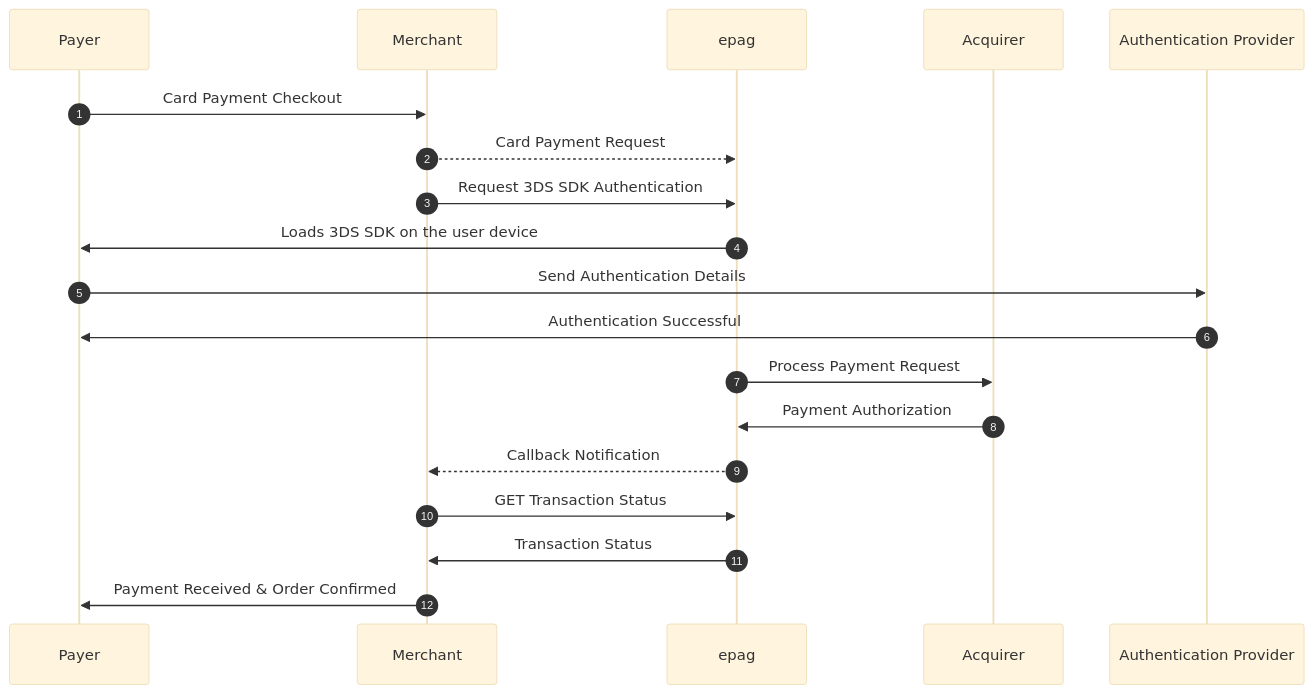
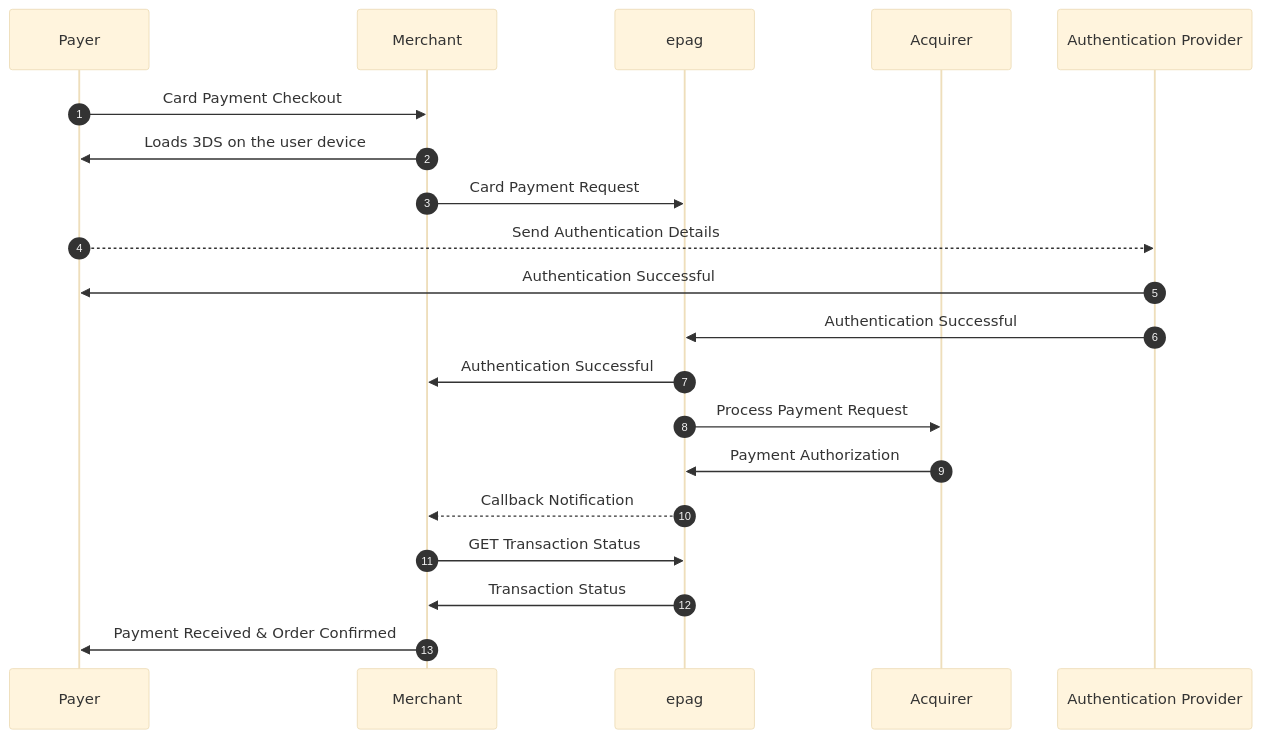
Before and after one commit to guilherme-schumann/development-documentation: the diagram in docs/Payments/Brazil/Credit Card/credit-card-3ds.md, drawn with Mermaid (base theme).

Commit message:
Updating 3DS Card Payment Internal

````diff
--- a/docs/Payments/Brazil/Credit Card/credit-card-3ds.md
+++ b/docs/Payments/Brazil/Credit Card/credit-card-3ds.md
@@ -21,22 +21,23 @@
 ```mermaid
 sequenceDiagram
     autonumber
     participant Payer
     participant Merchant
     participant epag
     participant Acquirer
     participant AuthenticationProvider as Authentication Provider
 
     Payer ->> Merchant: Card Payment Checkout
-    Merchant -->> epag: Card Payment Request
-    Merchant ->> epag: Request 3DS SDK Authentication
-    epag ->> Payer: Loads 3DS SDK on the user device
-    Payer ->> AuthenticationProvider: Send Authentication Details
+    Merchant ->> Payer: Loads 3DS on the user device
+    Merchant ->> epag: Card Payment Request
+    Payer -->> AuthenticationProvider: Send Authentication Details
     AuthenticationProvider ->> Payer: Authentication Successful
+    AuthenticationProvider ->> epag: Authentication Successful
+    epag ->> Merchant: Authentication Successful
     epag ->> Acquirer: Process Payment Request
     Acquirer ->> epag: Payment Authorization
     epag -->> Merchant: Callback Notification
     Merchant ->> epag: GET Transaction Status
     epag ->> Merchant: Transaction Status
     Merchant ->> Payer: Payment Received & Order Confirmed
 ```
````
